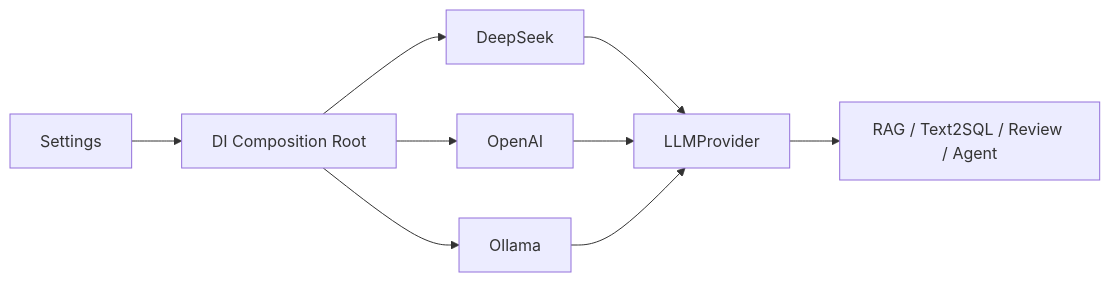
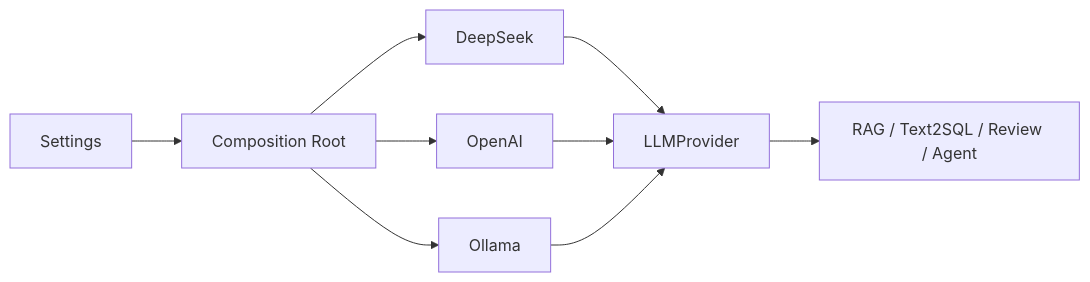
The fourth of 10 diagrams in docs/ARCHITECTURE.md (plutoczm/DataCopilot), drawn with Mermaid before and after one commit. The commit also changed other lines of this file, not shown here.

Commit message:
docs: add schema catalog and result oracle architecture

````diff
--- a/docs/ARCHITECTURE.md
+++ b/docs/ARCHITECTURE.md
@@ -85,11 +111,11 @@
 ```mermaid
 flowchart LR
-    Settings --> Composition[DI Composition Root]
+    Settings --> Composition[Composition Root]
     Composition --> DeepSeek
     Composition --> OpenAI
     Composition --> Ollama
     DeepSeek --> Port[LLMProvider]
     OpenAI --> Port
     Ollama --> Port
     Port --> Services[RAG / Text2SQL / Review / Agent]
 ```
````
